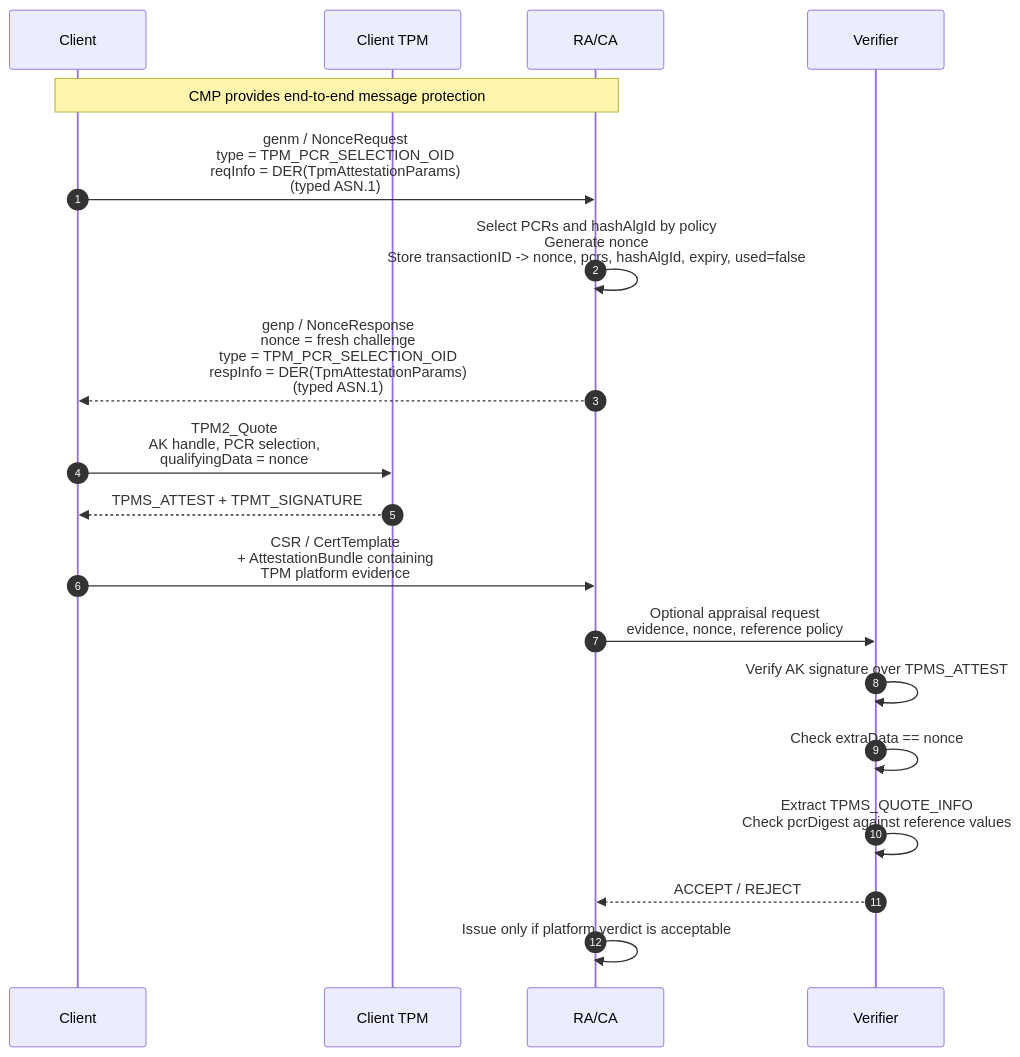
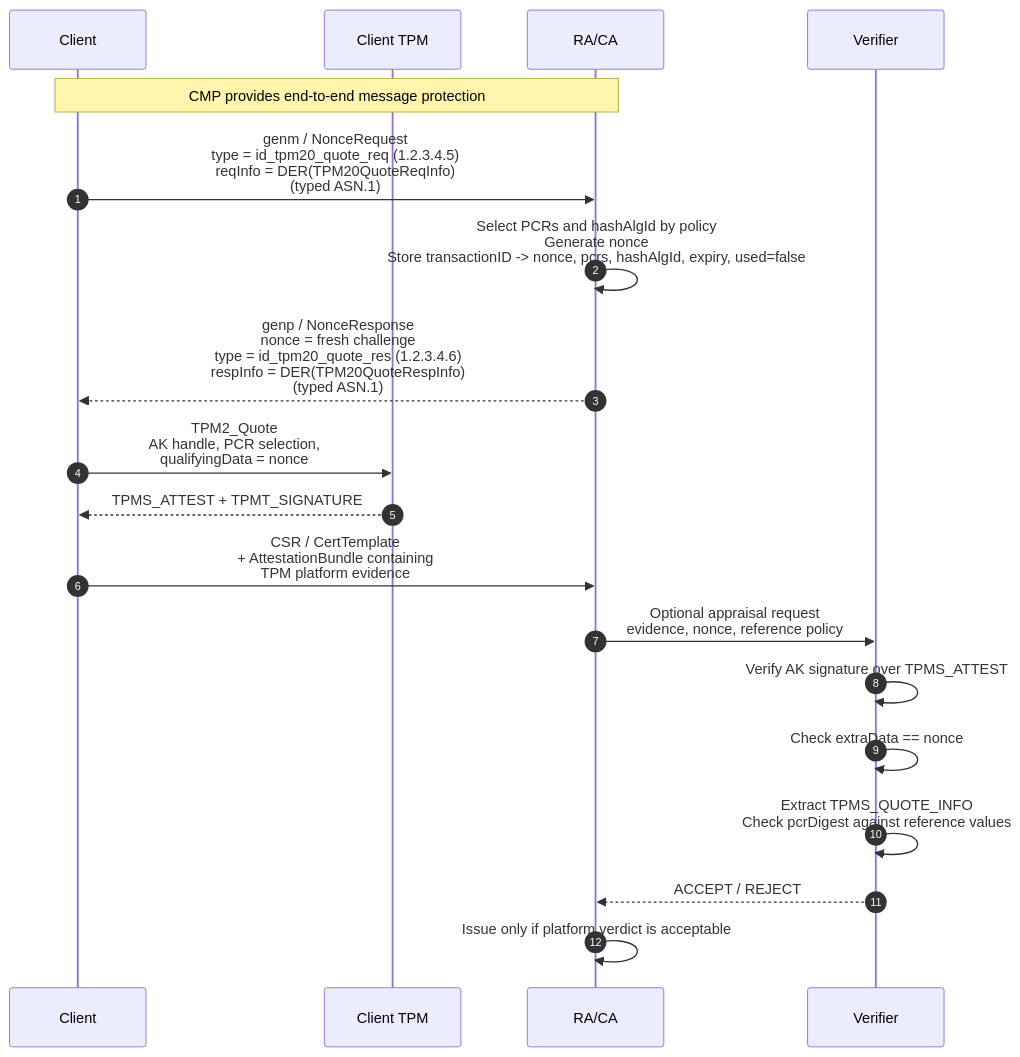
One commit to Guiliano99/libattest-py changed the diagram in TPM2_PLAT_ATTEST_DESIGN.md. Above: the diagram before and after it, drawn with Mermaid. The commit also changed other lines of this file and 36 other files, not shown here.

````diff
--- a/TPM2_PLAT_ATTEST_DESIGN.md
+++ b/TPM2_PLAT_ATTEST_DESIGN.md
@@ -44,29 +49,29 @@
 ```mermaid
 sequenceDiagram
     autonumber
     participant C as Client
     participant TPM as Client TPM
     participant CA as RA/CA
     participant V as Verifier
 
     Note over C,CA: CMP provides end-to-end message protection
 
-    C->>CA: genm / NonceRequest<br/>type = TPM_PCR_SELECTION_OID<br/>reqInfo = DER(TpmAttestationParams)<br/>(typed ASN.1)
+    C->>CA: genm / NonceRequest<br/>type = id_tpm20_quote_req (1.2.3.4.5)<br/>reqInfo = DER(TPM20QuoteReqInfo)<br/>(typed ASN.1)
 
     CA->>CA: Select PCRs and hashAlgId by policy<br/>Generate nonce<br/>Store transactionID -> nonce, pcrs, hashAlgId, expiry, used=false
 
-    CA-->>C: genp / NonceResponse<br/>nonce = fresh challenge<br/>type = TPM_PCR_SELECTION_OID<br/>respInfo = DER(TpmAttestationParams)<br/>(typed ASN.1)
+    CA-->>C: genp / NonceResponse<br/>nonce = fresh challenge<br/>type = id_tpm20_quote_res (1.2.3.4.6)<br/>respInfo = DER(TPM20QuoteRespInfo)<br/>(typed ASN.1)
 
     C->>TPM: TPM2_Quote<br/>AK handle, PCR selection,<br/>qualifyingData = nonce
     TPM-->>C: TPMS_ATTEST + TPMT_SIGNATURE
 
     C->>CA: CSR / CertTemplate<br/>+ AttestationBundle containing<br/>TPM platform evidence
 
     CA->>V: Optional appraisal request<br/>evidence, nonce, reference policy
     V->>V: Verify AK signature over TPMS_ATTEST
     V->>V: Check extraData == nonce
     V->>V: Extract TPMS_QUOTE_INFO<br/>Check pcrDigest against reference values
     V-->>CA: ACCEPT / REJECT
 
     CA->>CA: Issue only if platform verdict is acceptable
 ```
````
